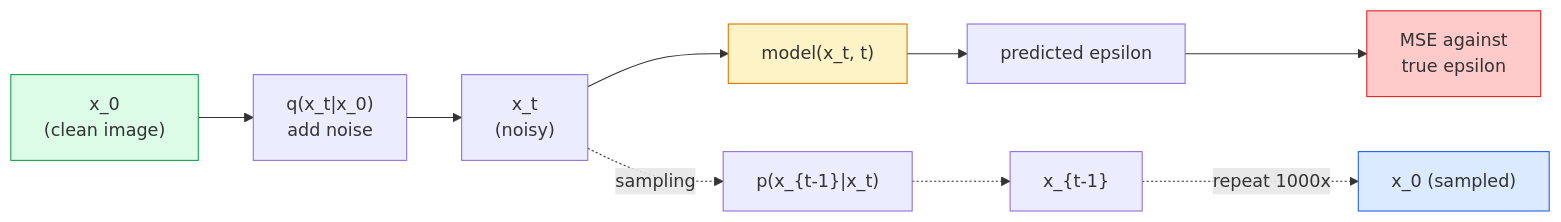
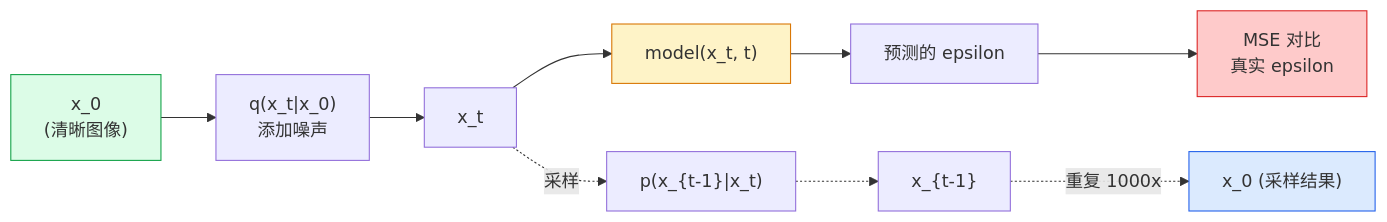
One commit to guangningsun/ailearning changed the diagram in lessons/04-computer-vision/10-image-generation-diffusion/docs/zh.md. Above: the diagram before and after it, drawn with Mermaid. The commit also changed other lines of this file and 29 other files, not shown here.

````diff
--- a/lessons/04-computer-vision/10-image-generation-diffusion/docs/zh.md
+++ b/lessons/04-computer-vision/10-image-generation-diffusion/docs/zh.md
@@ -59,17 +59,17 @@
 ```mermaid
 flowchart LR
-    X0["x_0<br/>(clean image)"] --> Q1["q(x_t|x_0)<br/>add noise"]
-    Q1 --> XT["x_t<br/>(noisy)"]
+    X0["x_0<br/>(清晰图像)"] --> Q1["q(x_t|x_0)<br/>添加噪声"]
+    Q1 --> XT["x_t<br/(噪声)"]
     XT --> MODEL["model(x_t, t)"]
-    MODEL --> EPS["predicted epsilon"]
-    EPS --> LOSS["MSE against<br/>true epsilon"]
+    MODEL --> EPS["预测的 epsilon"]
+    EPS --> LOSS["MSE 对比<br/>真实 epsilon"]
 
-    XT -.->|sampling| STEP["p(x_{t-1}|x_t)"]
+    XT -.->|采样| STEP["p(x_{t-1}|x_t)"]
     STEP -.-> XT1["x_{t-1}"]
-    XT1 -.->|repeat 1000x| X0S["x_0 (sampled)"]
+    XT1 -.->|重复 1000x| X0S["x_0 (采样结果)"]
 
     style X0 fill:#dcfce7,stroke:#16a34a
     style MODEL fill:#fef3c7,stroke:#d97706
     style LOSS fill:#fecaca,stroke:#dc2626
     style X0S fill:#dbeafe,stroke:#2563eb
 ```
````
